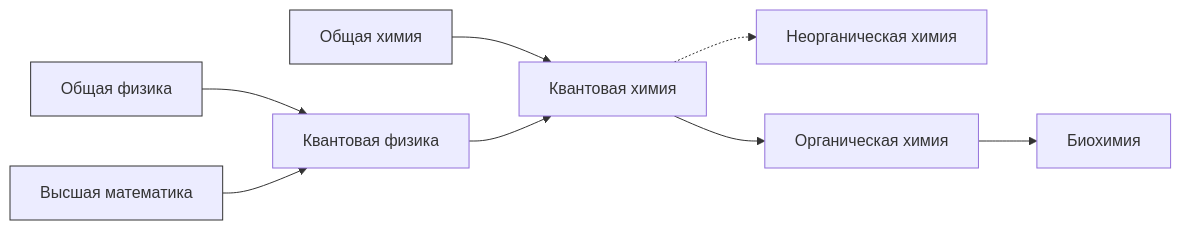
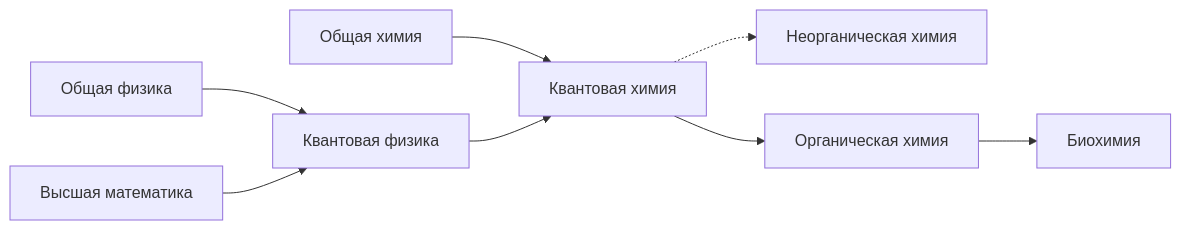
One commit to prozion/anti-aging-education changed the diagram in learning-tracks.md. Above: the diagram before and after it, drawn with Mermaid.

````diff
--- a/learning-tracks.md
+++ b/learning-tracks.md
@@ -7,21 +7,21 @@
 ```mermaid
 flowchart LR;
     Mgen[Высшая математика]:::cond;
     Phgen[Общая физика]:::cond;
     Phq[Квантовая физика];
     Chgen[Общая химия]:::cond;
     Chnorg[Неорганическая химия];
     Chorg[Органическая химия];
     Chq[Квантовая химия];
     Bioch[Биохимия];
 
     Chgen --> Chq --> Chorg --> Bioch;
     Chq -.-> Chnorg;
     Phgen --> Phq --> Chq;
     Mgen --> Phq;
 
-    classDef cond stroke:#333;
+    classDef cond stroke-dasharay:2,2;
 
     click Chorg "https://github.com/prozion/anti-aging-education/#органическая-химия" _blank
     click Chq "https://github.com/prozion/anti-aging-education/#квантовая-химия" _blank
 ```
````
